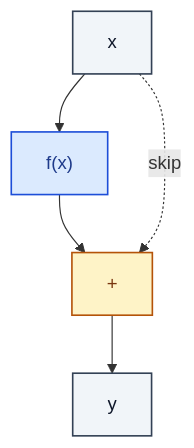
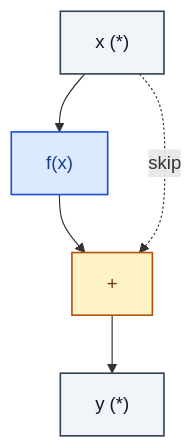
One commit to RealityShifts/Srivastava-book-of-Blocks-diagrams changed the diagram in core/SkipConnection.md. Above: the diagram before and after it, drawn with Mermaid. The commit also changed 123 other files, not shown here.

````diff
--- a/core/SkipConnection.md
+++ b/core/SkipConnection.md
@@ -7,20 +7,21 @@
 ```mermaid
 flowchart TD
-    n0_0["x"]:::io
+    n0_0["x  (*)"]:::io
     n1_0["f(x)"]:::op
     n2_0["+"]:::merge
-    n3_0["y"]:::io
+    n3_0["y  (*)"]:::io
     n0_0 --> n1_0
     n1_0 --> n2_0
     n2_0 --> n3_0
     n0_0 -. skip .-> n2_0
     classDef io fill:#f1f5f9,stroke:#334155,stroke-width:1.4px,color:#0f172a
     classDef op fill:#dbeafe,stroke:#1d4ed8,stroke-width:1.4px,color:#1e3a8a
     classDef norm fill:#dcfce7,stroke:#15803d,stroke-width:1.4px,color:#14532d
     classDef act fill:#ffedd5,stroke:#c2410c,stroke-width:1.4px,color:#7c2d12
     classDef attn fill:#ede9fe,stroke:#6d28d9,stroke-width:1.4px,color:#4c1d95
     classDef merge fill:#fef3c7,stroke:#b45309,stroke-width:1.4px,color:#78350f
     classDef emb fill:#fef9c3,stroke:#a16207,stroke-width:1.4px,color:#713f12
     classDef loss fill:#fee2e2,stroke:#b91c1c,stroke-width:1.4px,color:#7f1d1d
     classDef ctrl fill:#f5f5f4,stroke:#52525b,stroke-width:1.4px,color:#27272a
+    classDef ref fill:#e0f2fe,stroke:#0369a1,stroke-width:2px,color:#0c4a6e,stroke-dasharray: 4 2
 ```
````
